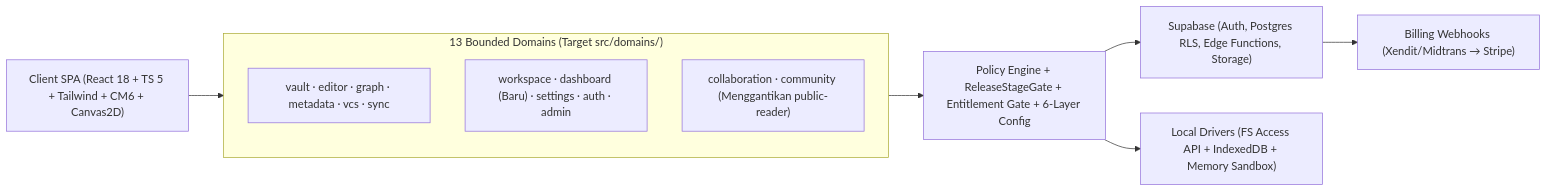
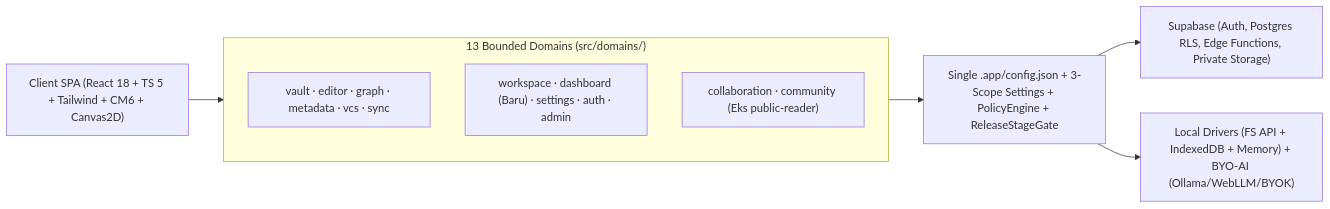
The third of 3 diagrams in docs/00-meta/00-0-master-blueprint.md (mjd-code/obmap-meed), drawn with Mermaid before and after one commit. The commit also changed other lines of this file and 48 other files, not shown here.

````diff
--- a/docs/00-meta/00-0-master-blueprint.md
+++ b/docs/00-meta/00-0-master-blueprint.md
@@ -177,17 +214,15 @@
 ```mermaid
 flowchart LR
     SPA["Client SPA (React 18 + TS 5 + Tailwind + CM6 + Canvas2D)"]
-    subgraph DOMAINS ["13 Bounded Domains (Target src/domains/)"]
+    subgraph DOMAINS ["13 Bounded Domains (src/domains/)"]
         CORE["vault · editor · graph · metadata · vcs · sync"]
         SHELL["workspace · dashboard (Baru) · settings · auth · admin"]
-        NET["collaboration · community (Menggantikan public-reader)"]
+        NET["collaboration · community (Eks public-reader)"]
     end
-    GATE["Policy Engine + ReleaseStageGate + Entitlement Gate + 6-Layer Config"]
-    BACKEND["Supabase (Auth, Postgres RLS, Edge Functions, Storage)"]
-    LOCAL["Local Drivers (FS Access API + IndexedDB + Memory Sandbox)"]
-    PAY["Billing Webhooks (Xendit/Midtrans → Stripe)"]
-    SPA --> DOMAINS --> GATE
-    GATE --> BACKEND
-    GATE --> LOCAL
-    BACKEND --> PAY
+    CFG["Single .app/config.json + 3-Scope Settings + PolicyEngine + ReleaseStageGate"]
+    BACKEND["Supabase (Auth, Postgres RLS, Edge Functions, Private Storage)"]
+    LOCAL["Local Drivers (FS API + IndexedDB + Memory) + BYO-AI (Ollama/WebLLM/BYOK)"]
+    SPA --> DOMAINS --> CFG
+    CFG --> BACKEND
+    CFG --> LOCAL
 ```
````
